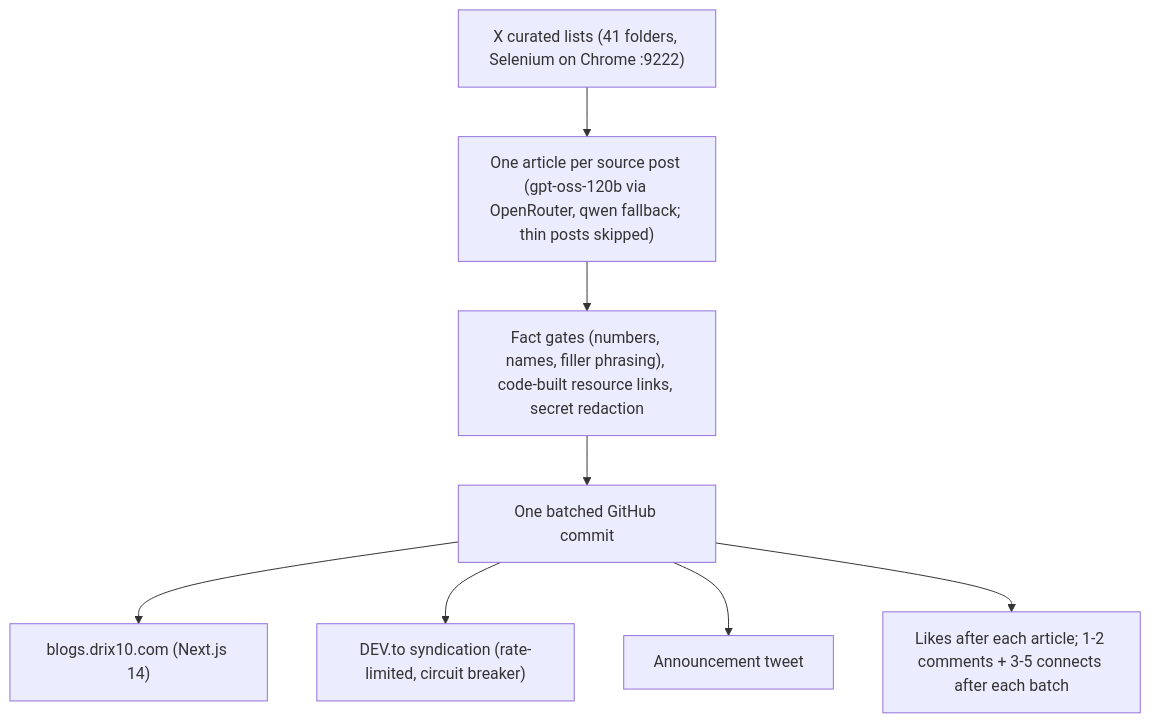
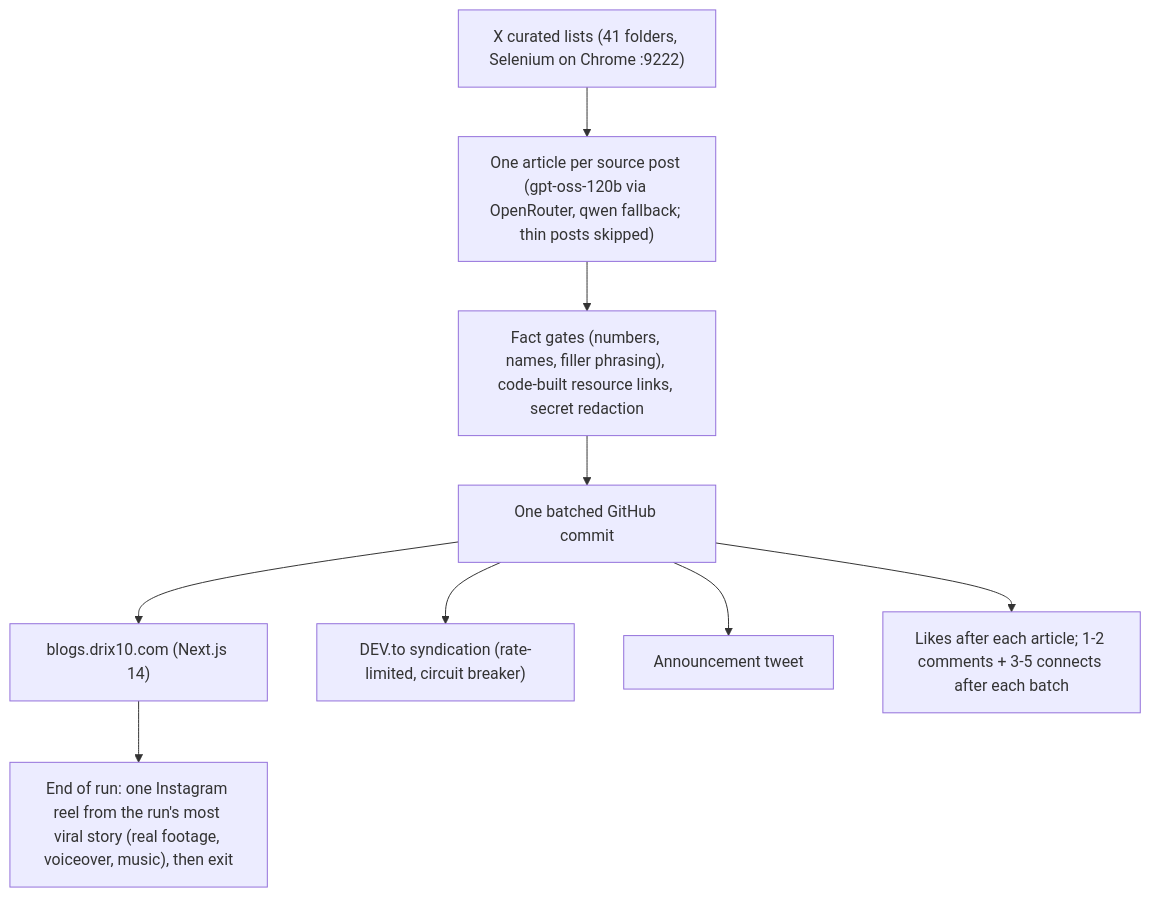
One commit to Drix10/ai-resources-pipeline changed the diagram in README.md. Above: the diagram before and after it, drawn with Mermaid. The commit also changed other lines of this file and 1 other file, not shown here.

Commit message:
docs: README and factory guide describe the current reels and the one-run npm start

````diff
--- a/README.md
+++ b/README.md
@@ -31,10 +33,11 @@
 ```mermaid
 flowchart TD
     A["X curated lists (41 folders, Selenium on Chrome :9222)"] --> B["One article per source post (gpt-oss-120b via OpenRouter, qwen fallback; thin posts skipped)"]
     B --> C["Fact gates (numbers, names, filler phrasing), code-built resource links, secret redaction"]
     C --> D["One batched GitHub commit"]
     D --> E["blogs.drix10.com (Next.js 14)"]
     D --> F["DEV.to syndication (rate-limited, circuit breaker)"]
     D --> G["Announcement tweet"]
     D --> H["Likes after each article; 1-2 comments + 3-5 connects after each batch"]
+    E --> I["End of run: one Instagram reel from the run's most viral story (real footage, voiceover, music), then exit"]
 ```
````
